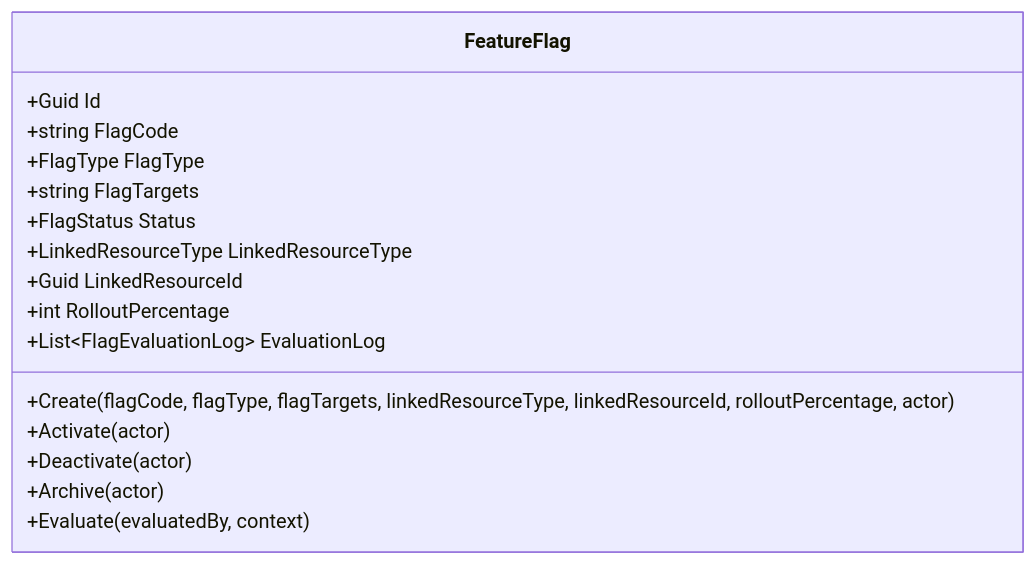
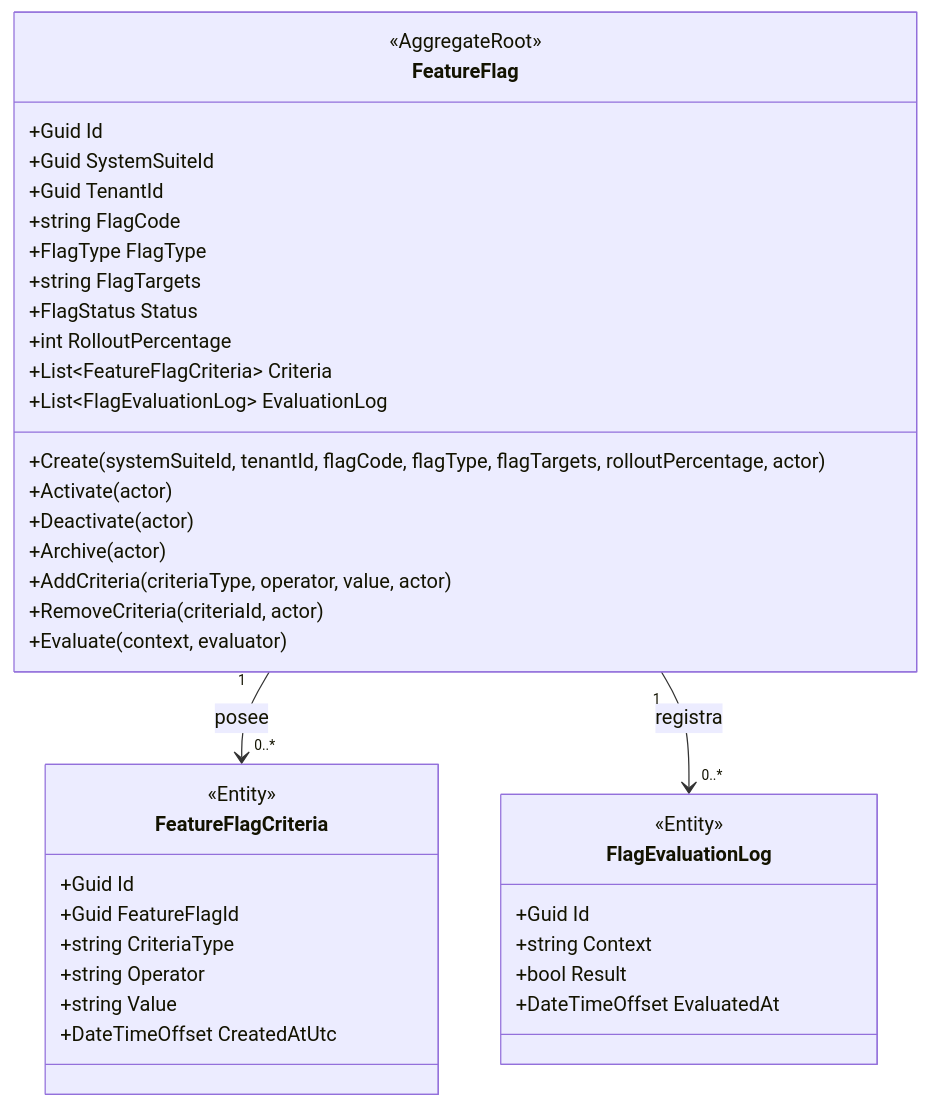
The first of 4 diagrams in docs/domain-es/configuration/feature-flag.md (beyondnetcode/ums), drawn with Mermaid before and after one commit. The commit also changed other lines of this file and 10 other files, not shown here.

````diff
--- a/docs/domain-es/configuration/feature-flag.md
+++ b/docs/domain-es/configuration/feature-flag.md
@@ -74,19 +92,42 @@
 ```mermaid
 classDiagram
+    direction TB
     class FeatureFlag {
+        <<AggregateRoot>>
         +Guid Id
+        +Guid SystemSuiteId
+        +Guid TenantId
         +string FlagCode
         +FlagType FlagType
         +string FlagTargets
         +FlagStatus Status
-        +LinkedResourceType LinkedResourceType
-        +Guid LinkedResourceId
         +int RolloutPercentage
+        +List~FeatureFlagCriteria~ Criteria
         +List~FlagEvaluationLog~ EvaluationLog
-        +Create(flagCode, flagType, flagTargets, linkedResourceType, linkedResourceId, rolloutPercentage, actor)
+        +Create(systemSuiteId, tenantId, flagCode, flagType, flagTargets, rolloutPercentage, actor)
         +Activate(actor)
         +Deactivate(actor)
         +Archive(actor)
-        +Evaluate(evaluatedBy, context)
+        +AddCriteria(criteriaType, operator, value, actor)
+        +RemoveCriteria(criteriaId, actor)
+        +Evaluate(context, evaluator)
     }
+    class FeatureFlagCriteria {
+        <<Entity>>
+        +Guid Id
+        +Guid FeatureFlagId
+        +string CriteriaType
+        +string Operator
+        +string Value
+        +DateTimeOffset CreatedAtUtc
+    }
+    class FlagEvaluationLog {
+        <<Entity>>
+        +Guid Id
+        +string Context
+        +bool Result
+        +DateTimeOffset EvaluatedAt
+    }
+    FeatureFlag "1" --> "0..*" FeatureFlagCriteria : posee
+    FeatureFlag "1" --> "0..*" FlagEvaluationLog : registra
 ```
````
